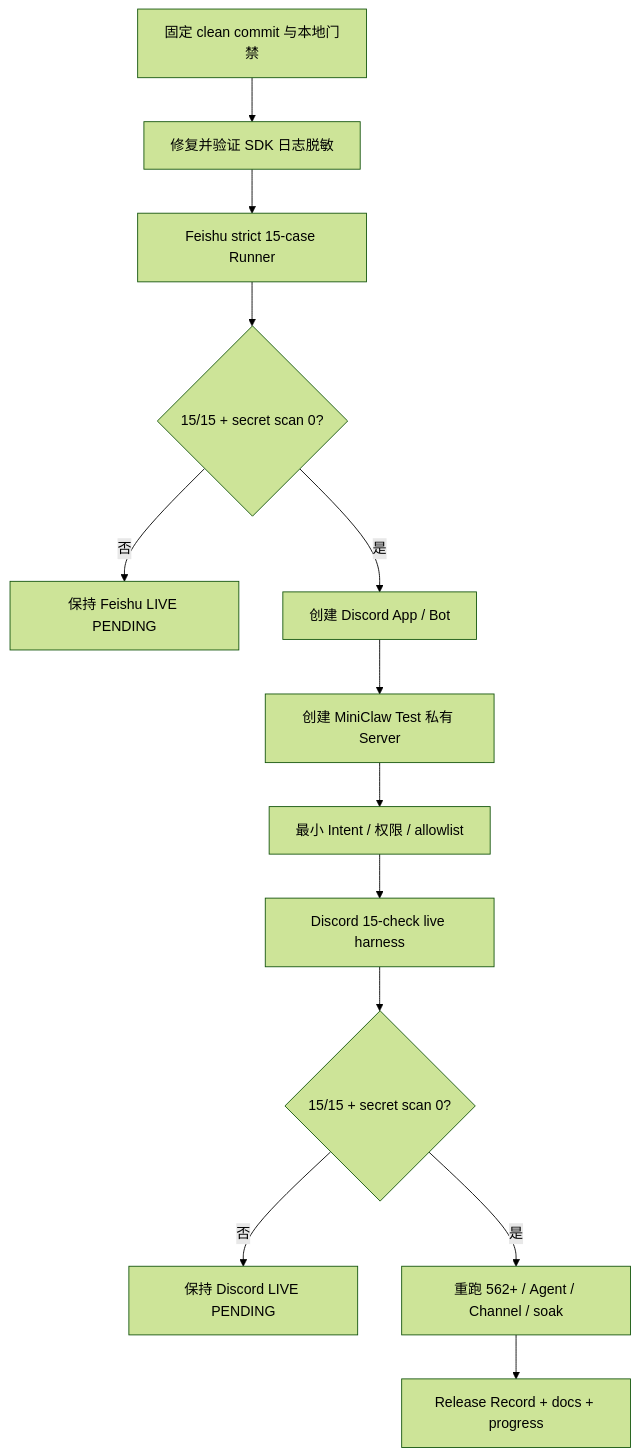
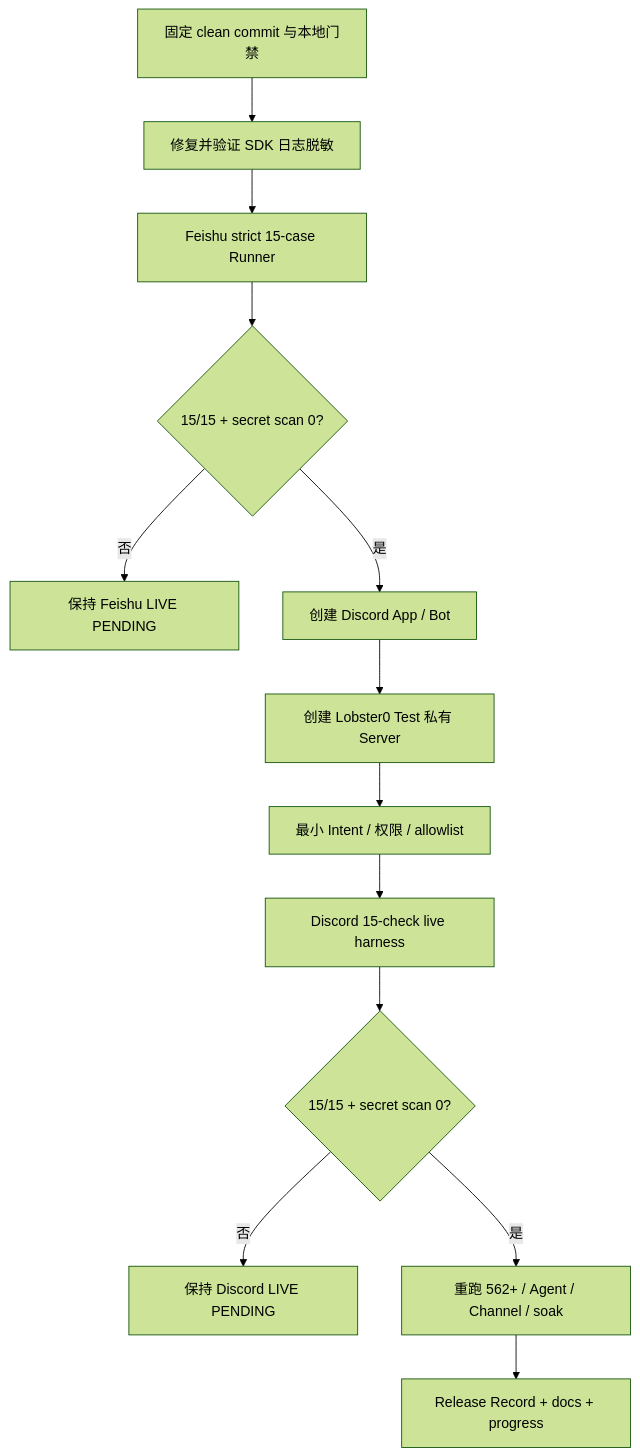
The diagram in docs/superpowers/specs/2026-08-09-phase-5-3-feishu-discord-live-gate-design.md (NEDONION/lobster0), drawn with Mermaid (forest theme) before and after one commit. The commit also changed other lines of this file and 221 other files, not shown here.

````diff
--- a/docs/superpowers/specs/2026-08-09-phase-5-3-feishu-discord-live-gate-design.md
+++ b/docs/superpowers/specs/2026-08-09-phase-5-3-feishu-discord-live-gate-design.md
@@ -125,15 +125,15 @@
 ```mermaid
 flowchart TD
     BASE["固定 clean commit 与本地门禁"] --> SEC["修复并验证 SDK 日志脱敏"]
     SEC --> FS["Feishu strict 15-case Runner"]
     FS --> FSE{"15/15 + secret scan 0?"}
     FSE -->|否| STOP1["保持 Feishu LIVE PENDING"]
     FSE -->|是| APP["创建 Discord App / Bot"]
-    APP --> SERVER["创建 MiniClaw Test 私有 Server"]
+    APP --> SERVER["创建 Lobster0 Test 私有 Server"]
     SERVER --> CFG["最小 Intent / 权限 / allowlist"]
     CFG --> DC["Discord 15-check live harness"]
     DC --> DCE{"15/15 + secret scan 0?"}
     DCE -->|否| STOP2["保持 Discord LIVE PENDING"]
     DCE -->|是| GATE["重跑 562+ / Agent / Channel / soak"]
     GATE --> DOCS["Release Record + docs + progress"]
 ```
````
